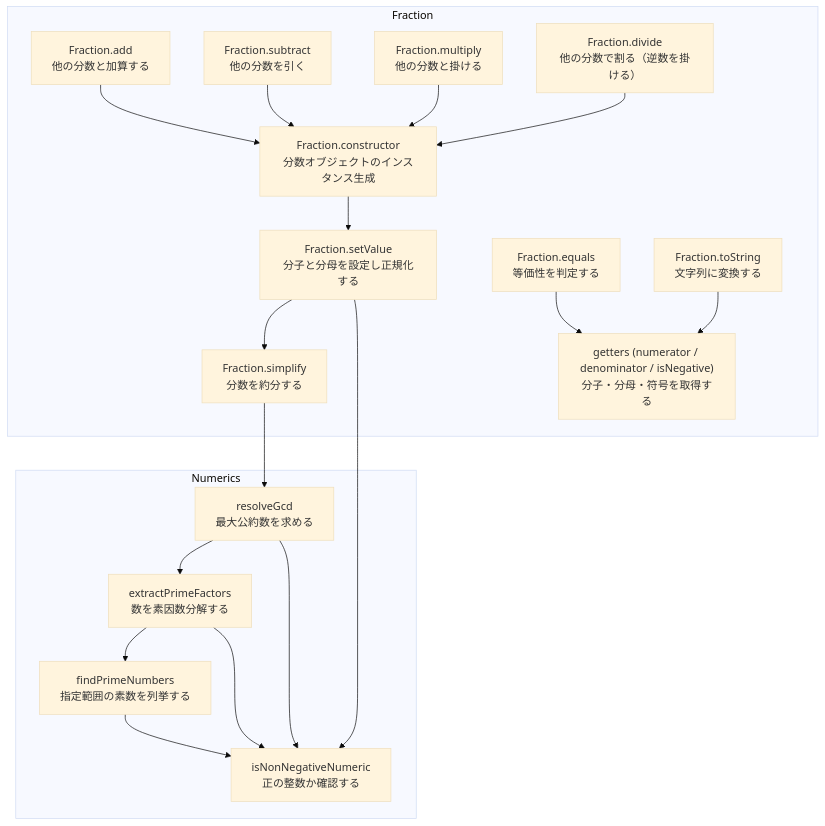
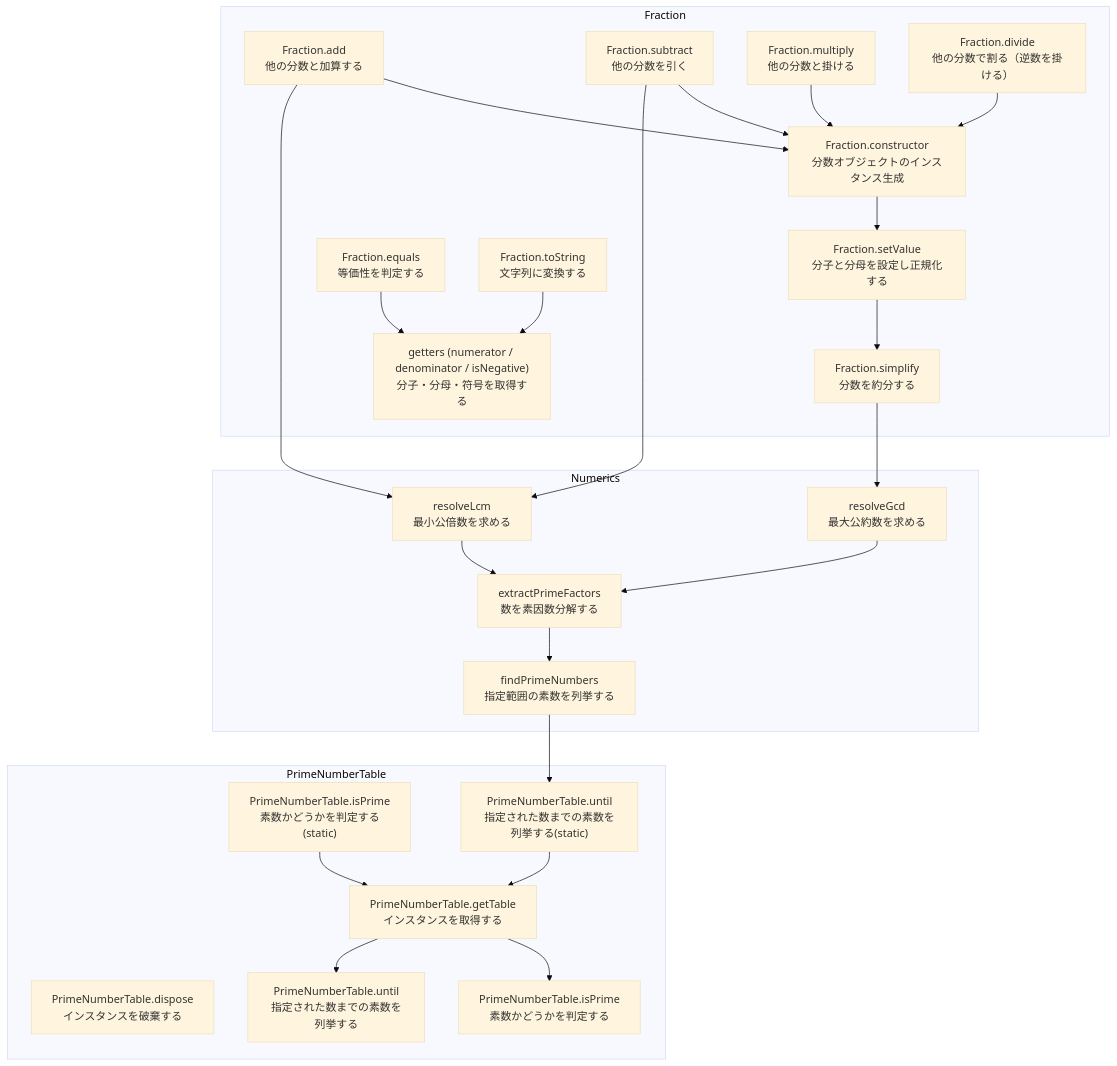
Before and after one commit to kazumatu981/fraction: the diagram in docs/api/index.md, drawn with Mermaid (base theme). The commit also changed other lines of this file and 5 other files, not shown here.

Commit message:
PrimeNumberTableクラスのドキュメントを追加し、numericsモジュールに最小公倍数を求める関数を実装。Fractionクラスでの依存関係を更新。

````diff
--- a/docs/api/index.md
+++ b/docs/api/index.md
@@ -24,44 +74,59 @@
 ```mermaid
 graph
   %% Fraction クラス側
   subgraph Fraction
     F_Constructor["Fraction.constructor<br/>分数オブジェクトのインスタンス生成"]
     F_setValue["Fraction.setValue<br/>分子と分母を設定し正規化する"]
     F_simplify["Fraction.simplify<br/>分数を約分する"]
     F_add["Fraction.add<br/>他の分数と加算する"]
     F_subtract["Fraction.subtract<br/>他の分数を引く"]
     F_multiply["Fraction.multiply<br/>他の分数と掛ける"]
     F_divide["Fraction.divide<br/>他の分数で割る（逆数を掛ける）"]
     F_equals["Fraction.equals<br/>等価性を判定する"]
     F_toString["Fraction.toString<br/>文字列に変換する"]
     F_getters["getters (numerator / denominator / isNegative)<br/>分子・分母・符号を取得する"]
   end
 
   %% numerics.ts 側
   subgraph Numerics
-    N_isNonNegativeNumeric["isNonNegativeNumeric<br/>正の整数か確認する"]
     N_findPrimeNumbers["findPrimeNumbers<br/>指定範囲の素数を列挙する"]
     N_extractPrimeFactors["extractPrimeFactors<br/>数を素因数分解する"]
     N_resolveGcd["resolveGcd<br/>最大公約数を求める"]
+    N_resolveLcm["resolveLcm<br />最小公倍数を求める"]
+  end
+
+  %% PrimeNumberTable クラス側
+  subgraph PrimeNumberTable
+    PNT_getTable["PrimeNumberTable.getTable<br/>インスタンスを取得する"]
+    PNT_isPrime["PrimeNumberTable.isPrime<br/>素数かどうかを判定する(static)"]
+    PNT_until["PrimeNumberTable.until<br/>指定された数までの素数を列挙する(static)"]
+    PNT_dispose["PrimeNumberTable.dispose<br/>インスタンスを破棄する"]
+    PNT_until_instance["PrimeNumberTable.until<br/>指定された数までの素数を列挙する"]
+    PNT_isPrime_instance["PrimeNumberTable.isPrime<br/>素数かどうかを判定する"]
   end
 
   %% 想定される呼び出し関係（JSDoc/関数名から推定）
   F_Constructor --> F_setValue
   F_setValue --> F_simplify
-  F_setValue --> N_isNonNegativeNumeric
   F_simplify --> N_resolveGcd
+  F_add --> N_resolveLcm
+  F_subtract --> N_resolveLcm
 
   F_add --> F_Constructor
   F_subtract --> F_Constructor
   F_multiply --> F_Constructor
   F_divide --> F_Constructor
 
   N_resolveGcd --> N_extractPrimeFactors
-  N_resolveGcd --> N_isNonNegativeNumeric
+  N_resolveLcm --> N_extractPrimeFactors
   N_extractPrimeFactors --> N_findPrimeNumbers
-  N_findPrimeNumbers --> N_isNonNegativeNumeric
-  N_extractPrimeFactors --> N_isNonNegativeNumeric
-
+  N_findPrimeNumbers --> PNT_until
   F_equals --> F_getters
   F_toString --> F_getters
+
+  PNT_getTable --> PNT_until_instance
+  PNT_getTable --> PNT_isPrime_instance
+  PNT_isPrime --> PNT_getTable
+  PNT_until --> PNT_getTable
+
 ```
````
